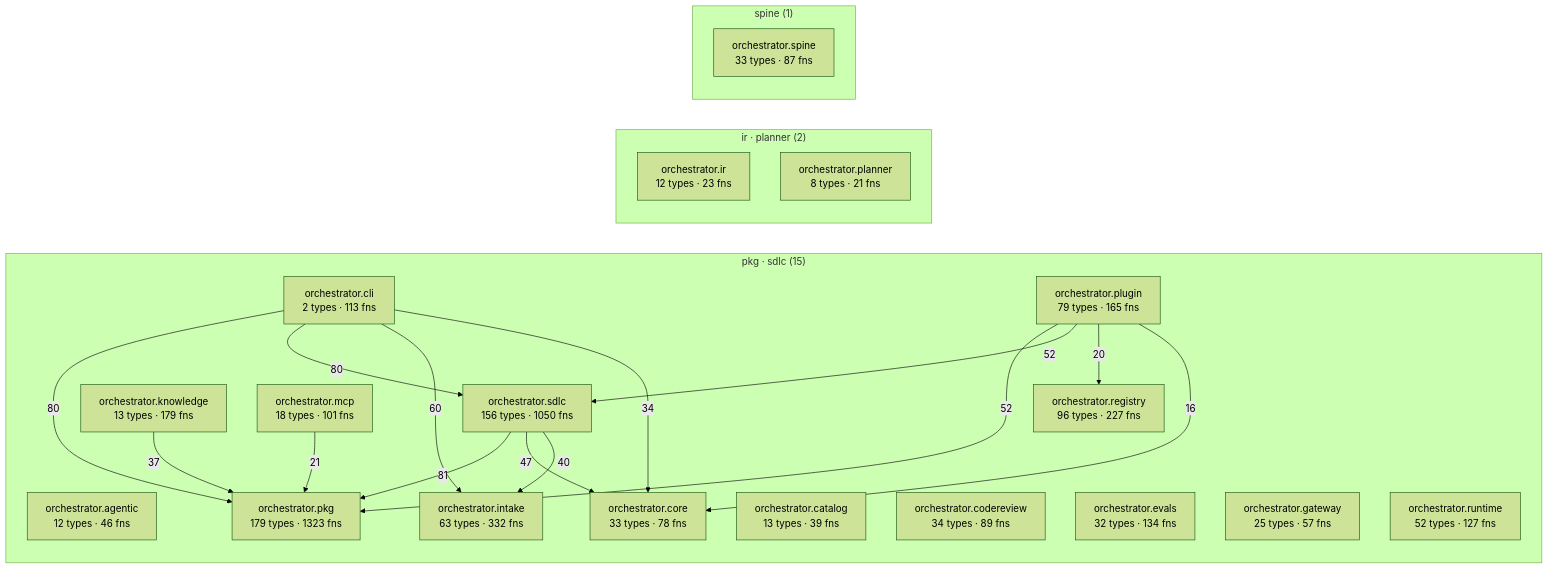
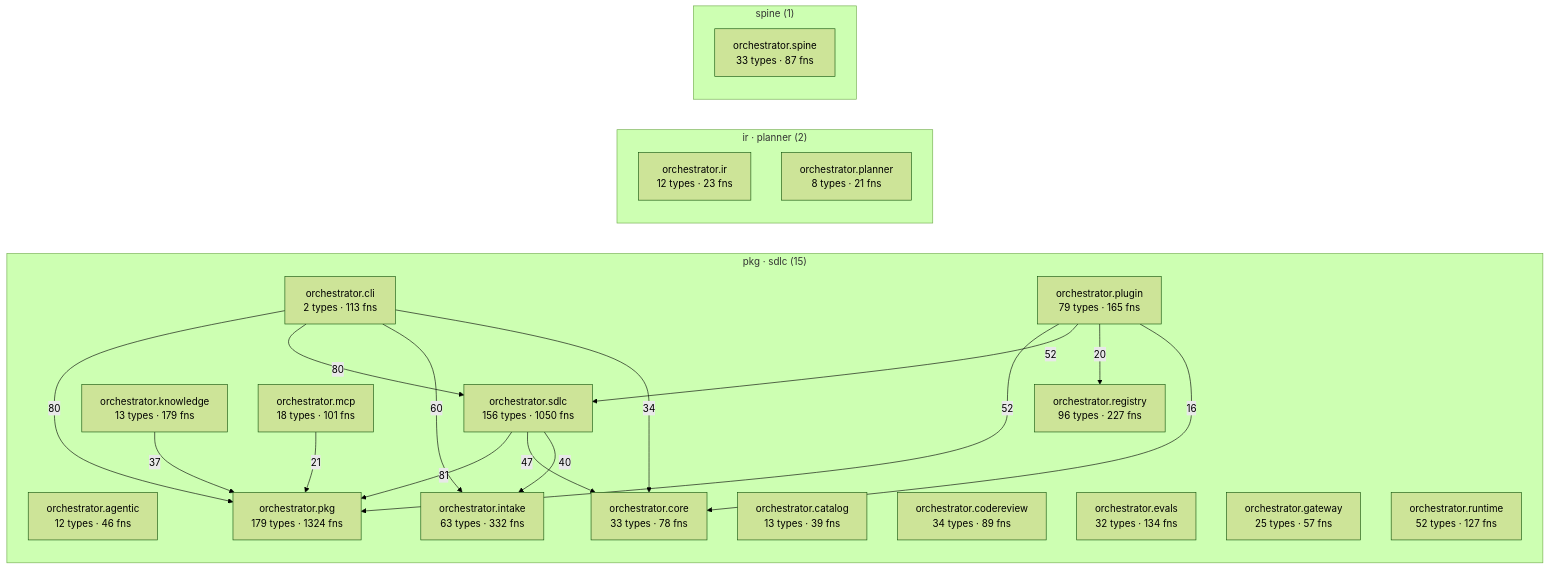
One commit to synaptixs/spine changed the diagram in episteme/architecture.md. Above: the diagram before and after it, drawn with Mermaid (forest theme). The commit also changed other lines of this file and 18 other files, not shown here.

````diff
--- a/episteme/architecture.md
+++ b/episteme/architecture.md
@@ -56,40 +56,40 @@
 ```mermaid
 flowchart LR
   subgraph c_2["pkg · sdlc (15)"]
     aorchestratoragentic["orchestrator.agentic<br/>12 types · 46 fns"]
     aorchestratorcatalog["orchestrator.catalog<br/>13 types · 39 fns"]
     aorchestratorcli["orchestrator.cli<br/>2 types · 113 fns"]
     aorchestratorcodereview["orchestrator.codereview<br/>34 types · 89 fns"]
     aorchestratorcore["orchestrator.core<br/>33 types · 78 fns"]
     aorchestratorevals["orchestrator.evals<br/>32 types · 134 fns"]
     aorchestratorgateway["orchestrator.gateway<br/>25 types · 57 fns"]
     aorchestratorintake["orchestrator.intake<br/>63 types · 332 fns"]
     aorchestratorknowledge["orchestrator.knowledge<br/>13 types · 179 fns"]
     aorchestratormcp["orchestrator.mcp<br/>18 types · 101 fns"]
-    aorchestratorpkg["orchestrator.pkg<br/>179 types · 1323 fns"]
+    aorchestratorpkg["orchestrator.pkg<br/>179 types · 1324 fns"]
     aorchestratorplugin["orchestrator.plugin<br/>79 types · 165 fns"]
     aorchestratorregistry["orchestrator.registry<br/>96 types · 227 fns"]
     aorchestratorruntime["orchestrator.runtime<br/>52 types · 127 fns"]
     aorchestratorsdlc["orchestrator.sdlc<br/>156 types · 1050 fns"]
   end
   subgraph c_5["ir · planner (2)"]
     aorchestratorir["orchestrator.ir<br/>12 types · 23 fns"]
     aorchestratorplanner["orchestrator.planner<br/>8 types · 21 fns"]
   end
   subgraph c_10["spine (1)"]
     aorchestratorspine["orchestrator.spine<br/>33 types · 87 fns"]
   end
   aorchestratorsdlc -->|81| aorchestratorpkg
   aorchestratorcli -->|80| aorchestratorpkg
   aorchestratorcli -->|80| aorchestratorsdlc
   aorchestratorcli -->|60| aorchestratorintake
   aorchestratorplugin -->|52| aorchestratorpkg
   aorchestratorplugin -->|52| aorchestratorsdlc
   aorchestratorsdlc -->|47| aorchestratorcore
   aorchestratorsdlc -->|40| aorchestratorintake
   aorchestratorknowledge -->|37| aorchestratorpkg
   aorchestratorcli -->|34| aorchestratorcore
   aorchestratormcp -->|21| aorchestratorpkg
   aorchestratorplugin -->|20| aorchestratorregistry
   aorchestratorplugin -->|16| aorchestratorcore
 ```
````
